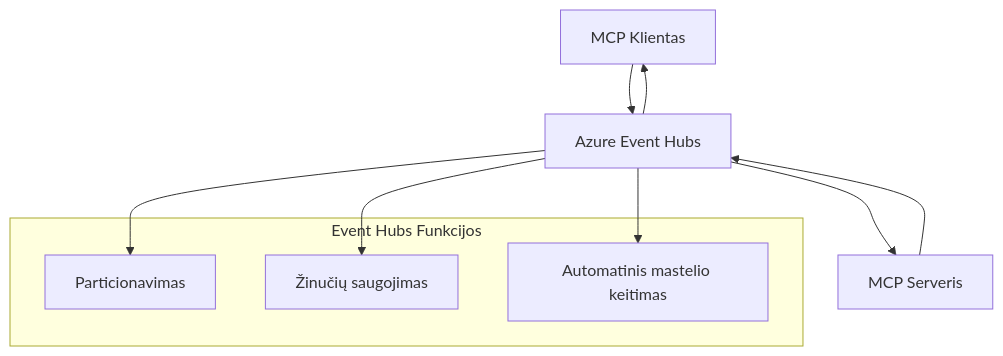
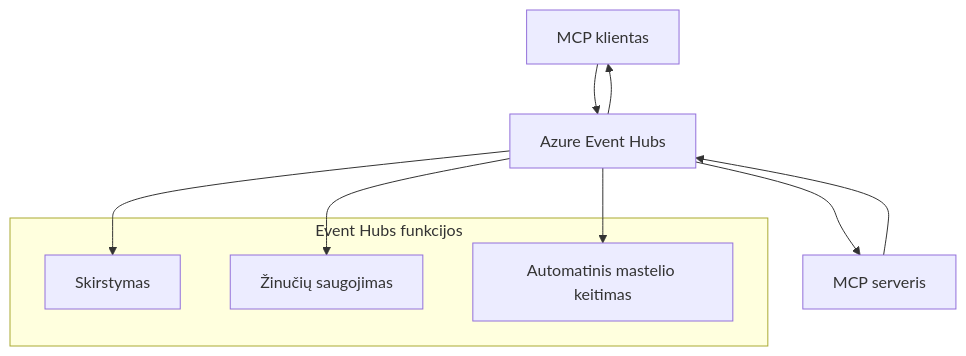
One commit to HIDORAKAI002/ai-workspace-archive changed the second of 2 diagrams in mcp_ecosystem__model_context_protocol/mcp_learning_resources/mcp-for-beginners/translations/lt/05-AdvancedTopics/mcp-transport/README.md. Above: the diagram before and after it, drawn with Mermaid. The commit also changed other lines of this file and 1539 other files, not shown here.

````diff
--- a/mcp_ecosystem__model_context_protocol/mcp_learning_resources/mcp-for-beginners/translations/lt/05-AdvancedTopics/mcp-transport/README.md
+++ b/mcp_ecosystem__model_context_protocol/mcp_learning_resources/mcp-for-beginners/translations/lt/05-AdvancedTopics/mcp-transport/README.md
@@ -269,17 +270,17 @@
 ```mermaid
 graph TB
-    Client[MCP Klientas] --> EH[Azure Event Hubs]
-    EH --> Server[MCP Serveris]
+    Client[MCP klientas] --> EH[Azure Event Hubs]
+    EH --> Server[MCP serveris]
     Server --> EH
     EH --> Client
     
-    subgraph "Event Hubs Funkcijos"
-        Partition[Particionavimas]
+    subgraph "Event Hubs funkcijos"
+        Partition[Skirstymas]
         Retention[Žinučių saugojimas]
         Scaling[Automatinis mastelio keitimas]
     end
     
     EH --> Partition
     EH --> Retention
     EH --> Scaling
 ```
````
